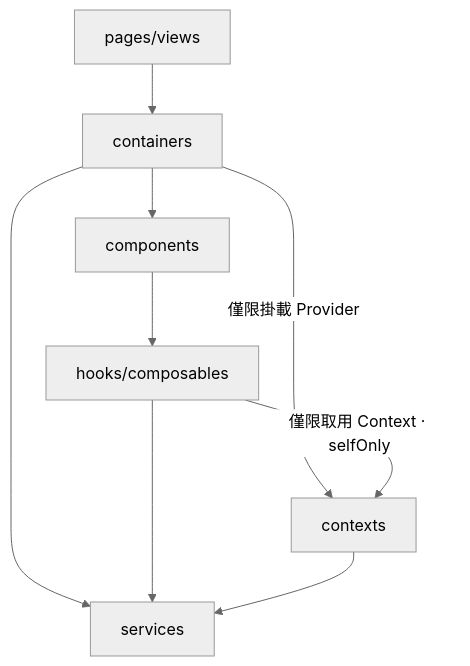
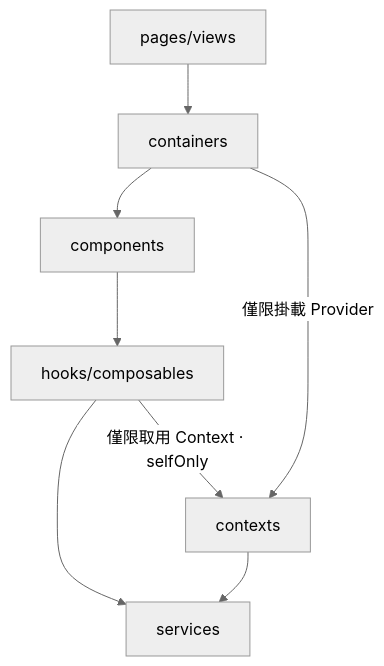
One commit to taco3064/blueprint changed the diagram in docs/zh-TW/philosophy/layers.md. Above: the diagram before and after it, drawn with Mermaid (neutral theme). The commit also changed other lines of this file and 1 other file, not shown here.

````diff
--- a/docs/zh-TW/philosophy/layers.md
+++ b/docs/zh-TW/philosophy/layers.md
@@ -16,11 +14,10 @@
 ```mermaid
 flowchart TD
   pages["pages/views"] --> containers
   containers --> components
   components --> hooks["hooks/composables"]
+  hooks -->|僅限取用 Context · selfOnly| contexts
   containers -->|僅限掛載 Provider| contexts
-  hooks -->|僅限取用 Context · selfOnly| contexts
-  containers --> services
   hooks --> services
   contexts --> services
 ```
````
